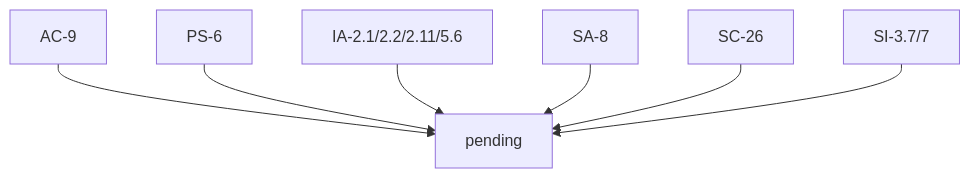
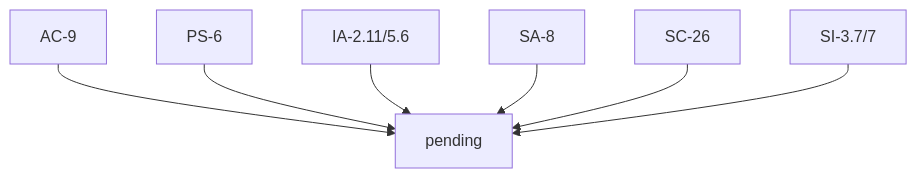
One commit to GoogleCloudPlatform/pbmm-on-gcp-onboarding changed the second of 2 diagrams in docs/google-cloud-security-controls.md. Above: the diagram before and after it, drawn with Mermaid. The commit also changed other lines of this file, not shown here.

````diff
--- a/docs/google-cloud-security-controls.md
+++ b/docs/google-cloud-security-controls.md
@@ -97,12 +107,12 @@
 ```mermaid
 graph TD;
     AC-9-->pending;
     PS-6-->pending;
-    IA-2.1/2.2/2.11/5.6-->pending;
+    IA-2.11/5.6-->pending;
     
     SA-8-->pending;
     SC-26-->pending;
   
     SI-3.7/7-->pending;
   
 ```
````
